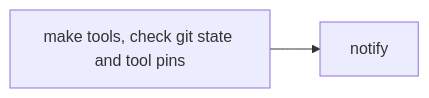
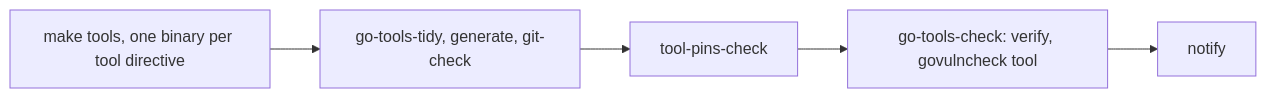
The fifth of 10 diagrams in .github/workflows/README.md (octopot/indexit), drawn with Mermaid before and after one commit. The commit also changed other lines of this file and 3 other files, not shown here.

````diff
--- a/.github/workflows/README.md
+++ b/.github/workflows/README.md
@@ -181,4 +218,4 @@
 ```mermaid
 flowchart LR
-  check[make tools, check git state and tool pins] --> notify[notify]
+  install[make tools, one binary per tool directive] --> tidy[go-tools-tidy, generate, git-check] --> pins[tool-pins-check] --> check[go-tools-check: verify, govulncheck tool] --> notify[notify]
 ```
````
